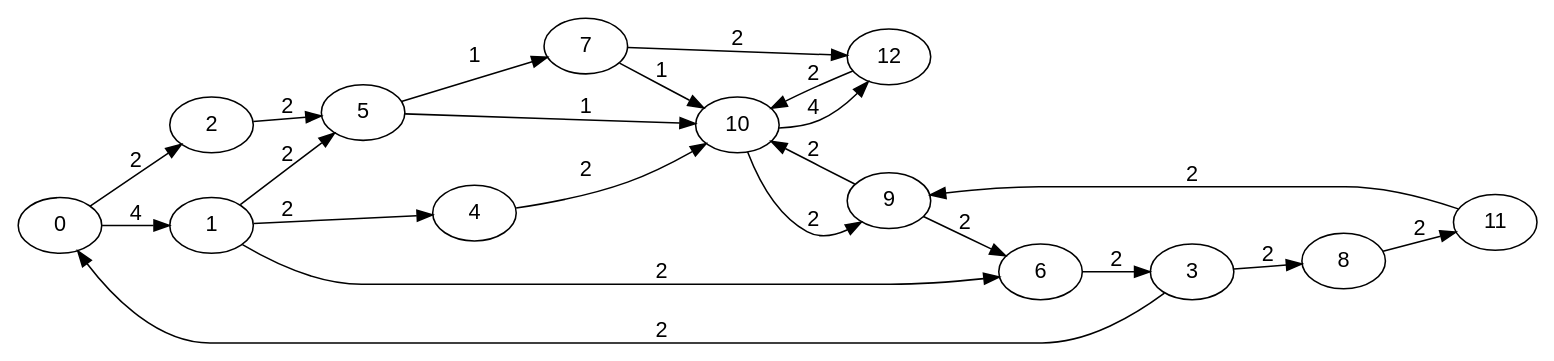
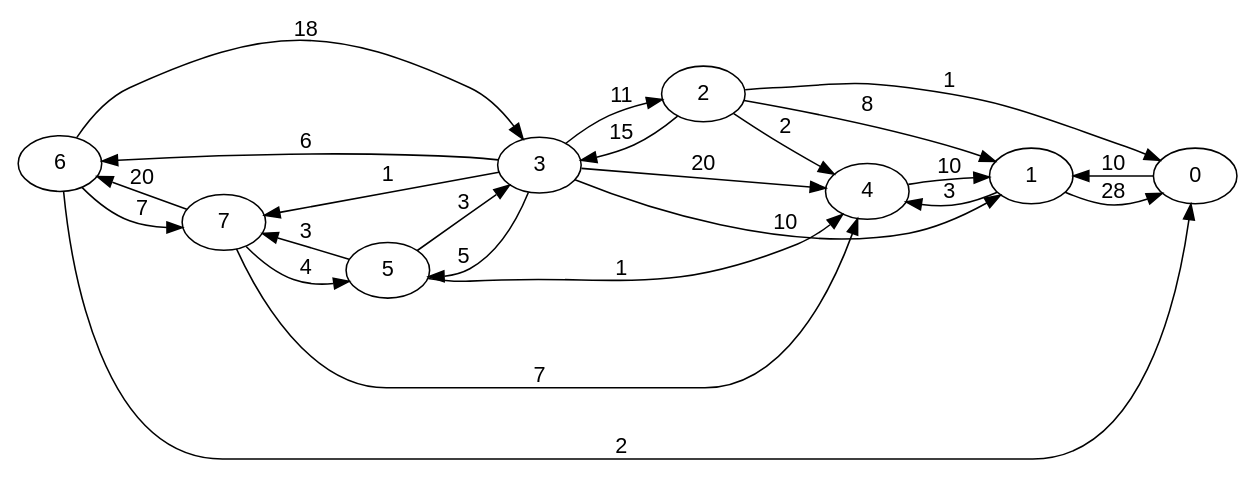
One commit to cleaesposito/ocaml-maxflow-project changed the diagram in outfile.dot. Above: the diagram before and after it, drawn with Graphviz. The commit also changed 14 other files, not shown here.

```diff
--- a/outfile.dot
+++ b/outfile.dot
@@ -1,27 +1,29 @@
 digraph create_graph {
   fontname="Helvetica,Arial,sans-serif"
   node [fontname="Helvetica,Arial,sans-serif"]
   edge [fontname="Helvetica,Arial,sans-serif"]
   rankdir=LR;
-0 -> 2 [label = 2];
-0 -> 1 [label = 4];
-1 -> 4 [label = 2];
-1 -> 6 [label = 2];
-1 -> 5 [label = 2];
-4 -> 10 [label = 2];
-2 -> 5 [label = 2];
-12 -> 10 [label = 2];
-6 -> 3 [label = 2];
-3 -> 0 [label = 2];
-3 -> 8 [label = 2];
-8 -> 11 [label = 2];
-11 -> 9 [label = 2];
-10 -> 12 [label = 4];
-10 -> 9 [label = 2];
-9 -> 6 [label = 2];
-9 -> 10 [label = 2];
-5 -> 10 [label = 1];
-5 -> 7 [label = 1];
-7 -> 12 [label = 2];
-7 -> 10 [label = 1];
+6 -> 7 [label = 7];
+6 -> 0 [label = 2];
+6 -> 3 [label = 18];
+3 -> 5 [label = 5];
+3 -> 4 [label = 20];
+3 -> 7 [label = 1];
+3 -> 6 [label = 6];
+3 -> 1 [label = 10];
+3 -> 2 [label = 11];
+1 -> 4 [label = 3];
+1 -> 0 [label = 28];
+0 -> 1 [label = 10];
+7 -> 6 [label = 20];
+7 -> 4 [label = 7];
+7 -> 5 [label = 4];
+5 -> 7 [label = 3];
+5 -> 3 [label = 3];
+5 -> 4 [label = 1];
+4 -> 1 [label = 10];
+2 -> 3 [label = 15];
+2 -> 0 [label = 1];
+2 -> 1 [label = 8];
+2 -> 4 [label = 2];
 }
```
